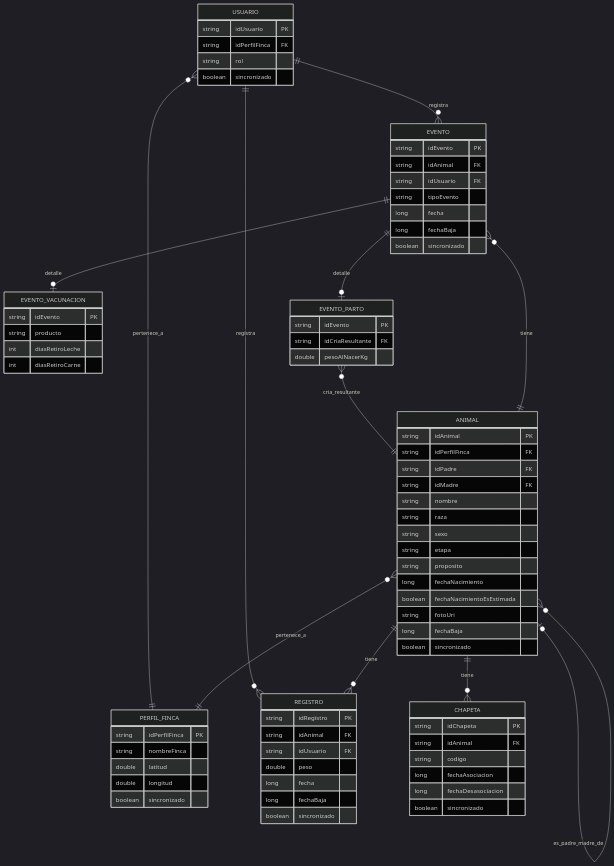
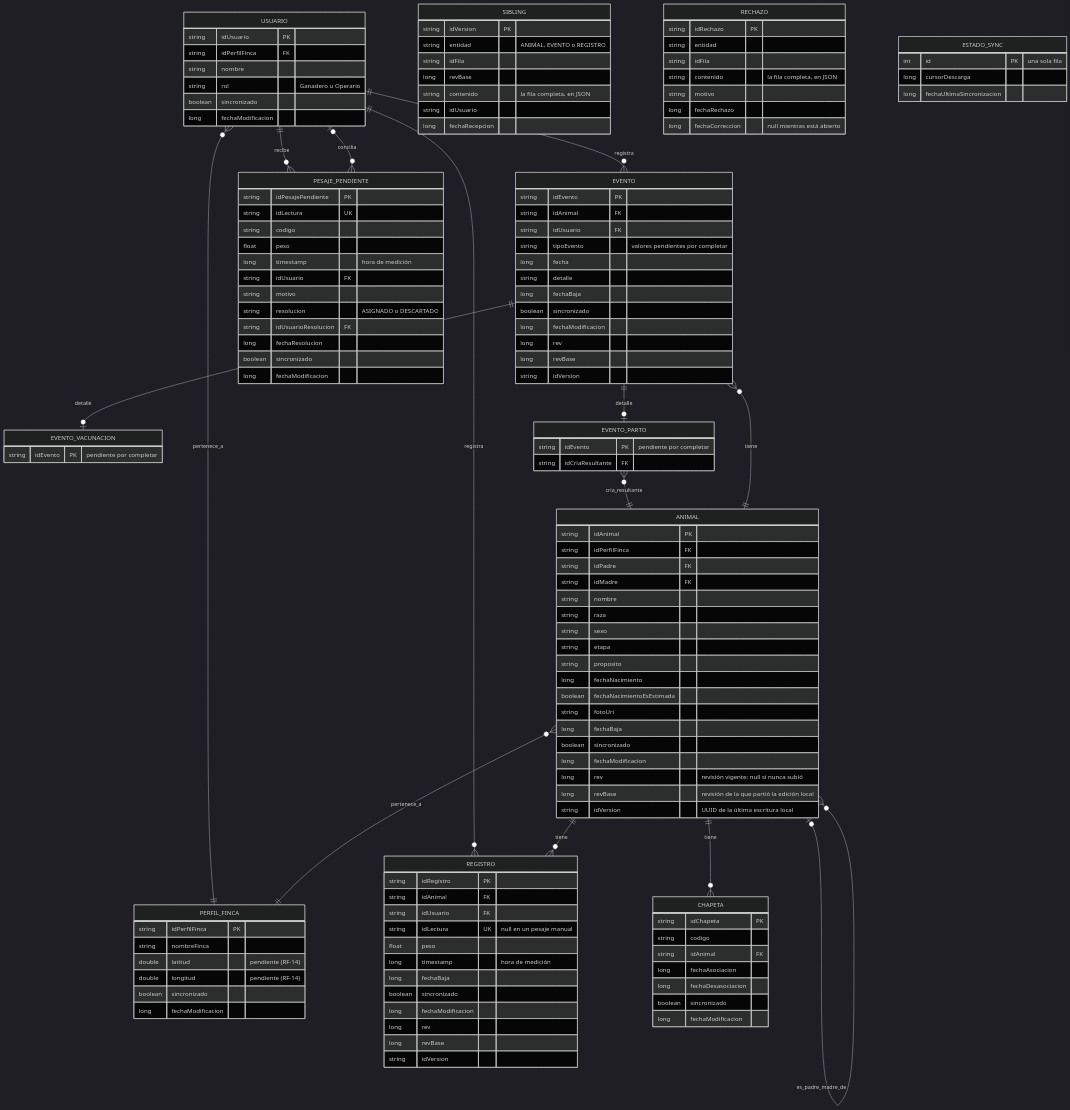
Before and after one commit to DevCris80/Degree-Work: the diagram in docs/diagramas/diagrama-relaciones-trazabilidad-bovina.md, drawn with Mermaid (dark theme). The commit also changed other lines of this file, not shown here.

Commit message:
docs: el diagrama de relaciones refleja el esquema actual, las revisiones y lo que solo vive en el servidor

````diff
--- a/docs/diagramas/diagrama-relaciones-trazabilidad-bovina.md
+++ b/docs/diagramas/diagrama-relaciones-trazabilidad-bovina.md
@@ -8,6 +8,8 @@
     ANIMAL }o--|| PERFIL_FINCA : pertenece_a
     USUARIO ||--o{ EVENTO : registra
     USUARIO ||--o{ REGISTRO : registra
+    USUARIO ||--o{ PESAJE_PENDIENTE : recibe
+    USUARIO |o--o{ PESAJE_PENDIENTE : concilia
     ANIMAL ||--o{ EVENTO : tiene
     ANIMAL ||--o{ REGISTRO : tiene
     ANIMAL ||--o{ CHAPETA : tiene
@@ -19,15 +21,18 @@
     USUARIO {
         string idUsuario PK
         string idPerfilFinca FK
-        string rol
+        string nombre
+        string rol "Ganadero u Operario"
         boolean sincronizado
+        long fechaModificacion
     }
     PERFIL_FINCA {
         string idPerfilFinca PK
         string nombreFinca
-        double latitud
-        double longitud
+        double latitud "pendiente (RF-14)"
+        double longitud "pendiente (RF-14)"
         boolean sincronizado
+        long fechaModificacion
     }
     ANIMAL {
         string idAnimal PK
@@ -44,42 +49,90 @@
         string fotoUri
         long fechaBaja
         boolean sincronizado
+        long fechaModificacion
+        long rev "revisión vigente; null si nunca subió"
+        long revBase "revisión de la que partió la edición local"
+        string idVersion "UUID de la última escritura local"
     }
     EVENTO {
         string idEvento PK
         string idAnimal FK
         string idUsuario FK
-        string tipoEvento
+        string tipoEvento "valores pendientes por completar"
         long fecha
+        string detalle
         long fechaBaja
         boolean sincronizado
+        long fechaModificacion
+        long rev
+        long revBase
+        string idVersion
     }
     EVENTO_VACUNACION {
-        string idEvento PK
-        string producto
-        int diasRetiroLeche
-        int diasRetiroCarne
+        string idEvento PK "pendiente por completar"
     }
     EVENTO_PARTO {
-        string idEvento PK
+        string idEvento PK "pendiente por completar"
         string idCriaResultante FK
-        double pesoAlNacerKg
     }
     REGISTRO {
         string idRegistro PK
         string idAnimal FK
         string idUsuario FK
-        double peso
-        long fecha
+        string idLectura UK "null en un pesaje manual"
+        float peso
+        long timestamp "hora de medición"
         long fechaBaja
         boolean sincronizado
+        long fechaModificacion
+        long rev
+        long revBase
+        string idVersion
     }
     CHAPETA {
         string idChapeta PK
+        string codigo
         string idAnimal FK
-        string codigo
         long fechaAsociacion
         long fechaDesasociacion
         boolean sincronizado
+        long fechaModificacion
+    }
+    PESAJE_PENDIENTE {
+        string idPesajePendiente PK
+        string idLectura UK
+        string codigo
+        float peso
+        long timestamp "hora de medición"
+        string idUsuario FK
+        string motivo
+        string resolucion "ASIGNADO o DESCARTADO"
+        string idUsuarioResolucion FK
+        long fechaResolucion
+        boolean sincronizado
+        long fechaModificacion
+    }
+    SIBLING {
+        string idVersion PK
+        string entidad "ANIMAL, EVENTO o REGISTRO"
+        string idFila
+        long revBase
+        string contenido "la fila completa, en JSON"
+        string idUsuario
+        long fechaRecepcion
+    }
+    RECHAZO {
+        string idRechazo PK
+        string entidad
+        string idFila
+        string contenido "la fila completa, en JSON"
+        string motivo
+        long fechaRechazo
+        long fechaCorreccion "null mientras está abierto"
+    }
+    ESTADO_SYNC {
+        int id PK "una sola fila"
+        long cursorDescarga
+        long fechaUltimaSincronizacion
     }
 ```
````
